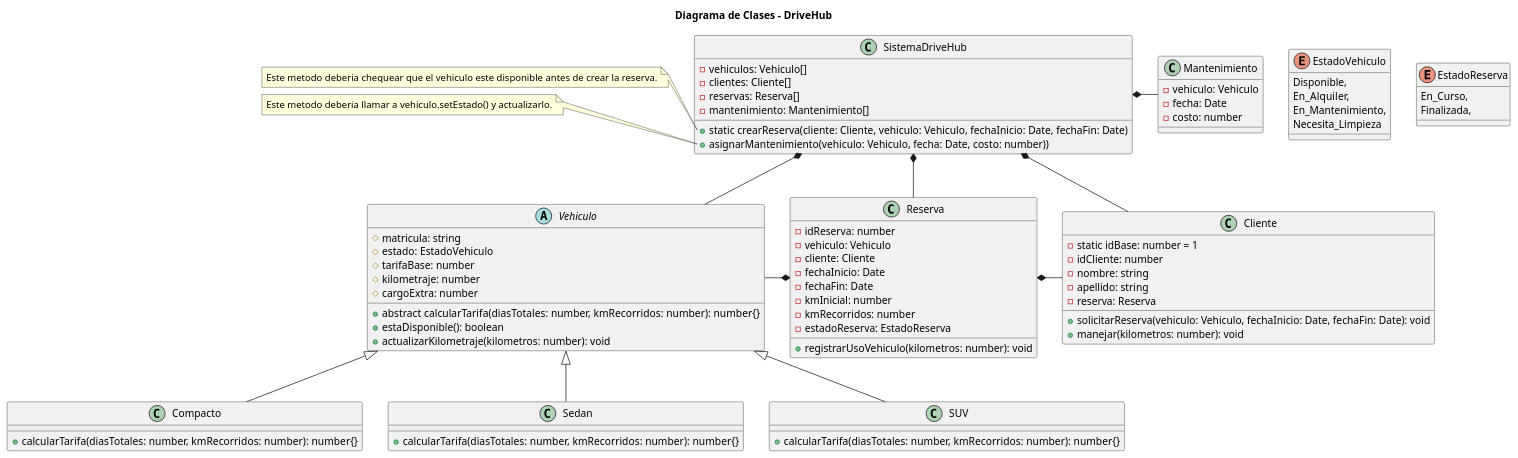
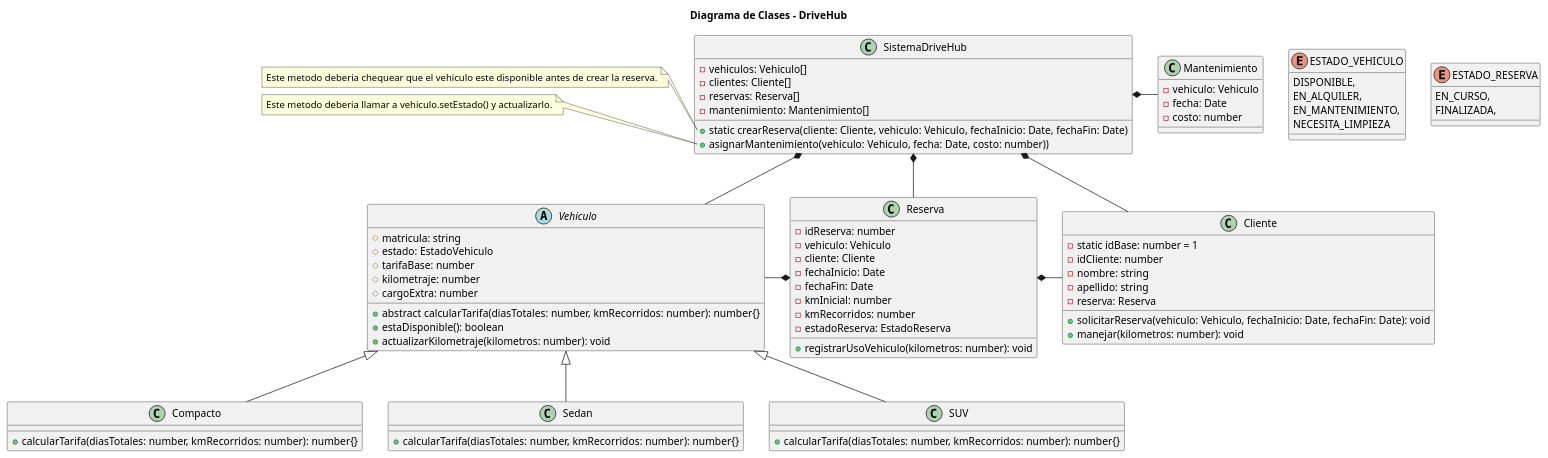
The diagram in diagram/clases.puml (MatiasFernandez87/DriveHub_TP), drawn with PlantUML before and after one commit. The commit also changed 6 other files, not shown here.

```diff
--- a/diagram/clases.puml
+++ b/diagram/clases.puml
@@ -1,104 +1,104 @@
 @startuml DriveHub
 
 ' El diagrama de clases es orientativo, podra sufrir cambios a medida que avance el proyecto.
 
 title Diagrama de Clases - DriveHub
 
-enum EstadoVehiculo {
-    Disponible,
-    En_Alquiler,
-    En_Mantenimiento,
-    Necesita_Limpieza
+enum ESTADO_VEHICULO {
+    DISPONIBLE,
+    EN_ALQUILER,
+    EN_MANTENIMIENTO,
+    NECESITA_LIMPIEZA
 }
 
-enum EstadoReserva{
-    En_Curso,
-    Finalizada,
+enum ESTADO_RESERVA{
+    EN_CURSO,
+    FINALIZADA,
 }
 
 abstract class Vehiculo {
     # matricula: string
     # estado: EstadoVehiculo
     # tarifaBase: number
     # kilometraje: number
     # cargoExtra: number
 
     + abstract calcularTarifa(diasTotales: number, kmRecorridos: number): number{}
     + estaDisponible(): boolean
     + actualizarKilometraje(kilometros: number): void
 
 }
 
 class Compacto extends Vehiculo {
     + calcularTarifa(diasTotales: number, kmRecorridos: number): number{}
 }
 
 class Sedan extends Vehiculo {
     + calcularTarifa(diasTotales: number, kmRecorridos: number): number{}
 }
 
 class SUV extends Vehiculo {
     + calcularTarifa(diasTotales: number, kmRecorridos: number): number{}
 }
 
 class Cliente {
     - static idBase: number = 1
     - idCliente: number
     - nombre: string
     - apellido: string
     - reserva: Reserva
 
     + solicitarReserva(vehiculo: Vehiculo, fechaInicio: Date, fechaFin: Date): void
     + manejar(kilometros: number): void
     
 }
 
 class Reserva {
     - idReserva: number
     - vehiculo: Vehiculo
     - cliente: Cliente
     - fechaInicio: Date
     - fechaFin: Date
     - kmInicial: number
     - kmRecorridos: number
     - estadoReserva: EstadoReserva    
 
     + registrarUsoVehiculo(kilometros: number): void
 }
 
 class Mantenimiento {
     - vehiculo: Vehiculo
     - fecha: Date
     - costo: number
 }
 
 class SistemaDriveHub {
     - vehiculos: Vehiculo[]
     - clientes: Cliente[]
     - reservas: Reserva[]
     - mantenimiento: Mantenimiento[]    
 
     + static crearReserva(cliente: Cliente, vehiculo: Vehiculo, fechaInicio: Date, fechaFin: Date)        
     + asignarMantenimiento(vehiculo: Vehiculo, fecha: Date, costo: number)) 
 
 }
 
 'notas
 note left of SistemaDriveHub::crearReserva
     Este metodo deberia chequear que el vehiculo este disponible antes de crear la reserva.
 end note
 
 note left of SistemaDriveHub::asignarMantenimiento
     Este metodo deberia llamar a vehiculo.setEstado() y actualizarlo.
 end note
 
 
 SistemaDriveHub *-- Vehiculo
 SistemaDriveHub *-- Cliente
 SistemaDriveHub *-- Reserva
 SistemaDriveHub *-r- Mantenimiento
 
 Reserva *-r- Cliente
 Reserva *-l- Vehiculo
 
 @enduml
```
